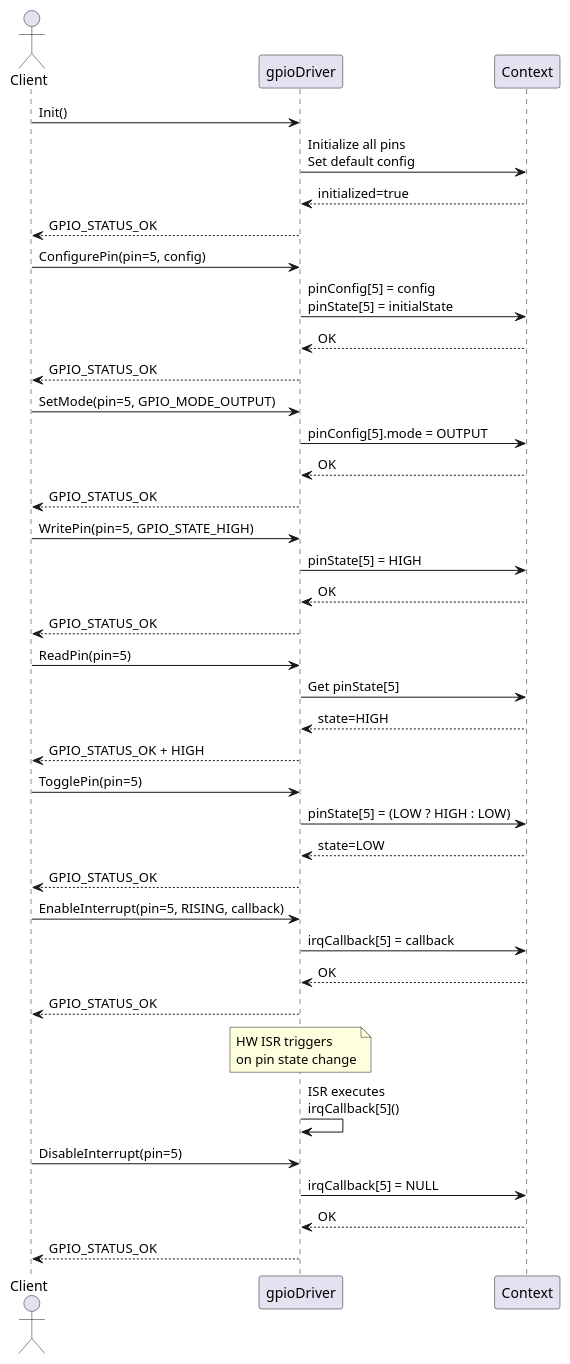
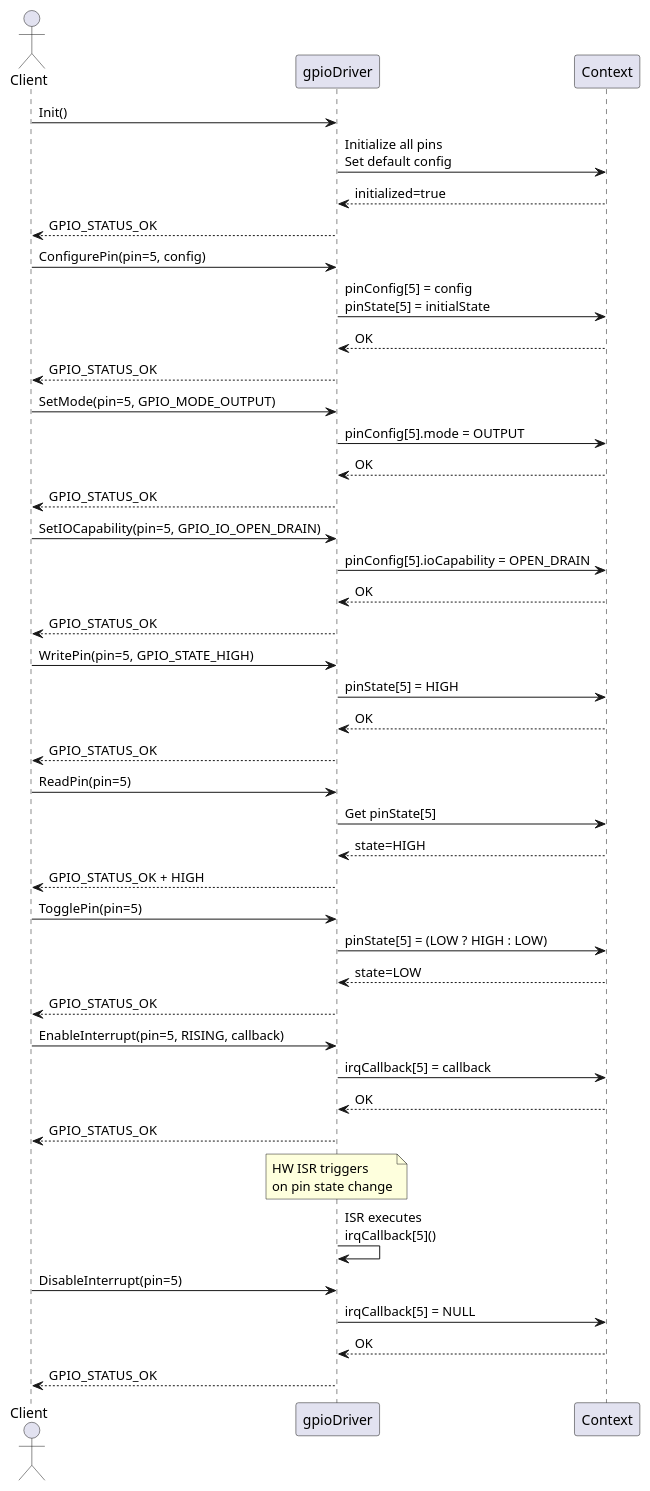
One commit to LinhTrucVo/Bico_Protocol_Bridge changed the diagram in 3_swComp/layer1Driver/gpioDriver/2_design/gpioDriverSequenceDiagram.puml. Above: the diagram before and after it, drawn with PlantUML. The commit also changed 9 other files, not shown here.

```diff
--- a/3_swComp/layer1Driver/gpioDriver/2_design/gpioDriverSequenceDiagram.puml
+++ b/3_swComp/layer1Driver/gpioDriver/2_design/gpioDriverSequenceDiagram.puml
@@ -1,48 +1,53 @@
 @startuml gpioDriverSequenceDiagram
 actor Client
 participant "gpioDriver" as gpio
 participant "Context" as ctx
 
 Client -> gpio : Init()
 gpio -> ctx : Initialize all pins\nSet default config
 ctx --> gpio : initialized=true
 gpio --> Client : GPIO_STATUS_OK
 
 Client -> gpio : ConfigurePin(pin=5, config)
 gpio -> ctx : pinConfig[5] = config\npinState[5] = initialState
 ctx --> gpio : OK
 gpio --> Client : GPIO_STATUS_OK
 
 Client -> gpio : SetMode(pin=5, GPIO_MODE_OUTPUT)
 gpio -> ctx : pinConfig[5].mode = OUTPUT
+ctx --> gpio : OK
+gpio --> Client : GPIO_STATUS_OK
+
+Client -> gpio : SetIOCapability(pin=5, GPIO_IO_OPEN_DRAIN)
+gpio -> ctx : pinConfig[5].ioCapability = OPEN_DRAIN
 ctx --> gpio : OK
 gpio --> Client : GPIO_STATUS_OK
 
 Client -> gpio : WritePin(pin=5, GPIO_STATE_HIGH)
 gpio -> ctx : pinState[5] = HIGH
 ctx --> gpio : OK
 gpio --> Client : GPIO_STATUS_OK
 
 Client -> gpio : ReadPin(pin=5)
 gpio -> ctx : Get pinState[5]
 ctx --> gpio : state=HIGH
 gpio --> Client : GPIO_STATUS_OK + HIGH
 
 Client -> gpio : TogglePin(pin=5)
 gpio -> ctx : pinState[5] = (LOW ? HIGH : LOW)
 ctx --> gpio : state=LOW
 gpio --> Client : GPIO_STATUS_OK
 
 Client -> gpio : EnableInterrupt(pin=5, RISING, callback)
 gpio -> ctx : irqCallback[5] = callback
 ctx --> gpio : OK
 gpio --> Client : GPIO_STATUS_OK
 
 note over gpio : HW ISR triggers\non pin state change
 gpio -> gpio : ISR executes\nirqCallback[5]()
 
 Client -> gpio : DisableInterrupt(pin=5)
 gpio -> ctx : irqCallback[5] = NULL
 ctx --> gpio : OK
 gpio --> Client : GPIO_STATUS_OK
 @enduml
```
